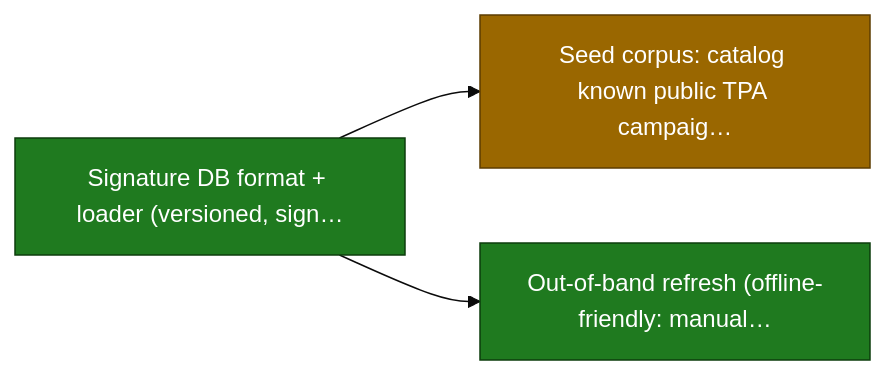
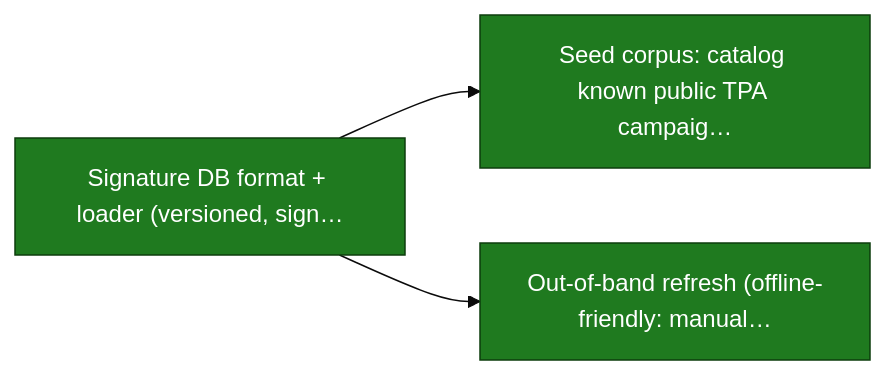
One commit to smart-mcp-proxy/mcpproxy-go changed the fifth of 26 diagrams in ROADMAP.md. Above: the diagram before and after it, drawn with Mermaid (base theme). The commit also changed other lines of this file and 8 other files, not shown here.

````diff
--- a/ROADMAP.md
+++ b/ROADMAP.md
@@ -230,14 +230,12 @@
 ```mermaid
 graph LR
   tpa_db_format["Signature DB format + loader (versioned, sign…"]
   tpa_db_corpus["Seed corpus: catalog known public TPA campaig…"]
   tpa_db_refresh["Out-of-band refresh (offline-friendly: manual…"]
 
   tpa_db_format --> tpa_db_corpus
   tpa_db_format --> tpa_db_refresh
 
   classDef done fill:#1f7a1f,stroke:#0d3d0d,color:#ffffff;
-  classDef in_review fill:#9a6700,stroke:#5c3d00,color:#ffffff;
-  class tpa_db_format,tpa_db_refresh done;
-  class tpa_db_corpus in_review;
+  class tpa_db_format,tpa_db_corpus,tpa_db_refresh done;
 ```
````
